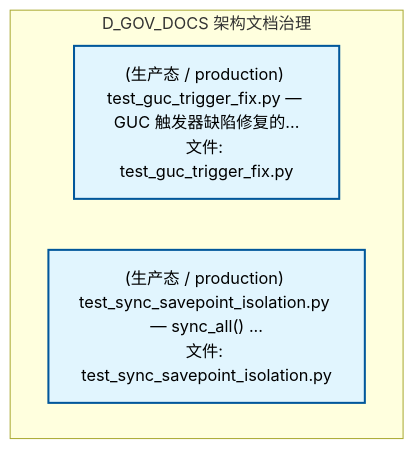
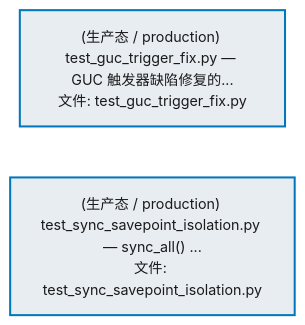
The second of 3 diagrams in docs/02_enterprise_architecture/02_domain_architecture_docs/51_d_gov_docs.md (xuanFelixVan/ZephyrAlpha), drawn with Mermaid before and after one commit. The commit also changed other lines of this file and 76 other files, not shown here.

````diff
--- a/docs/02_enterprise_architecture/02_domain_architecture_docs/51_d_gov_docs.md
+++ b/docs/02_enterprise_architecture/02_domain_architecture_docs/51_d_gov_docs.md
@@ -129,12 +151,12 @@
 ```mermaid
-graph TD
-    subgraph D_GOV_DOCS["D_GOV_DOCS 架构文档治理"]
-        tests_governance_d8_doc_sync_test_guc_trigger_fix_py["(生产态 / production) test_guc_trigger_fix.py — GUC 触发器缺陷修复的...<br/>文件: test_guc_trigger_fix.py"]
-        tests_governance_d8_doc_sync_test_sync_savepoint_isolation_py["(生产态 / production) test_sync_savepoint_isolation.py — sync_all() ...<br/>文件: test_sync_savepoint_isolation.py"]
-    end
-    classDef production fill:#e1f5fe,stroke:#01579b,stroke-width:2px,color:#000
-    classDef design fill:#fff3e0,stroke:#e65100,stroke-width:2px,color:#000,stroke-dasharray: 5 5
-    classDef external_prod fill:#e8f5e9,stroke:#1b5e20,stroke-width:1px,color:#000
-    classDef external_design fill:#fce4ec,stroke:#880e4f,stroke-width:1px,color:#000,stroke-dasharray: 5 5
+%%{init: {'theme': 'base', 'themeVariables': {'primaryColor': '#eaeaea', 'primaryTextColor': '#333333', 'primaryBorderColor': '#666666', 'lineColor': '#666666', 'secondaryColor': '#eaeaea', 'tertiaryColor': '#eaeaea', 'fontSize': '14px'}}}%%
+flowchart TD
+    tests_governance_d8_doc_sync_test_guc_trigger_fix_py["(生产态 / production) test_guc_trigger_fix.py — GUC 触发器缺陷修复的...<br/>文件: test_guc_trigger_fix.py"]
+    tests_governance_d8_doc_sync_test_sync_savepoint_isolation_py["(生产态 / production) test_sync_savepoint_isolation.py — sync_all() ...<br/>文件: test_sync_savepoint_isolation.py"]
+    tests_governance_d8_doc_sync_test_guc_trigger_fix_py ~~~ tests_governance_d8_doc_sync_test_sync_savepoint_isolation_py
+    classDef production fill:#e8edf2,stroke:#0277bd,stroke-width:2px,color:#1a1a1a
+    classDef design fill:#f0ebe3,stroke:#bf360c,stroke-width:2px,color:#1a1a1a,stroke-dasharray: 5 5
+    classDef external_prod fill:#e8efe9,stroke:#1b5e20,stroke-width:1px,color:#1a1a1a
+    classDef external_design fill:#efe5ea,stroke:#880e4f,stroke-width:1px,color:#1a1a1a,stroke-dasharray: 5 5
     class tests_governance_d8_doc_sync_test_guc_trigger_fix_py,tests_governance_d8_doc_sync_test_sync_savepoint_isolation_py production
 ```
````
